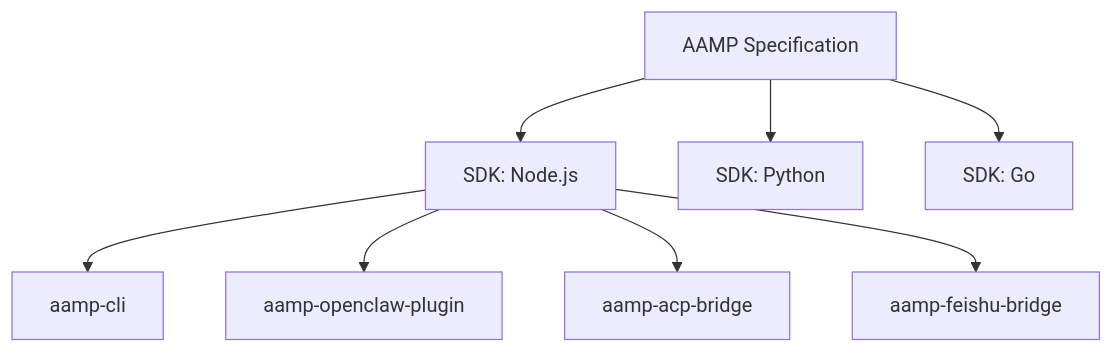
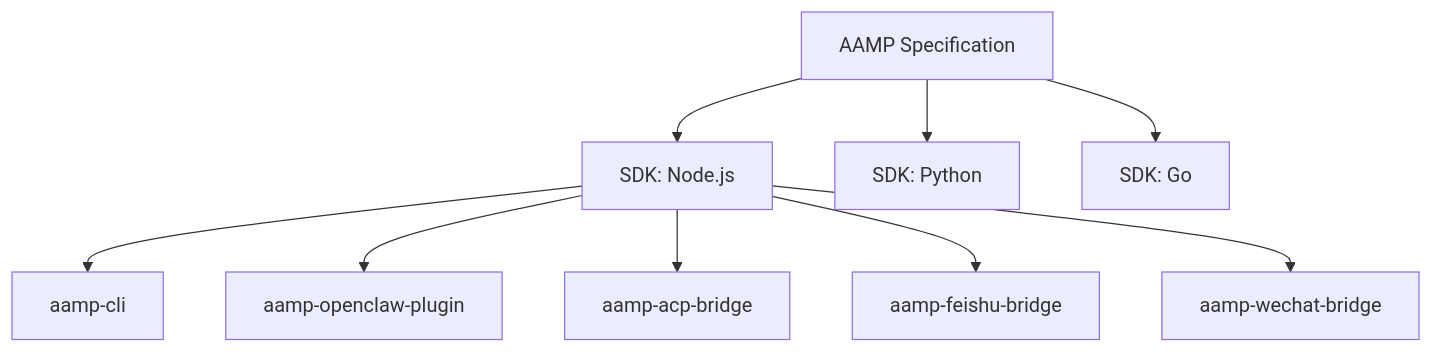
One commit to larksuite/aamp changed the third of 3 diagrams in README.md. Above: the diagram before and after it, drawn with Mermaid. The commit also changed other lines of this file and 11 other files, not shown here.

````diff
--- a/README.md
+++ b/README.md
@@ -342,10 +353,11 @@
 ```mermaid
 flowchart TB
     SPEC["AAMP Specification"] --> NODE["SDK: Node.js"]
     SPEC --> PY["SDK: Python"]
     SPEC --> GO["SDK: Go"]
     NODE --> CLI["aamp-cli"]
     NODE --> OCP["aamp-openclaw-plugin"]
     NODE --> ACP["aamp-acp-bridge"]
     NODE --> FEI["aamp-feishu-bridge"]
+    NODE --> WX["aamp-wechat-bridge"]
 ```
````
